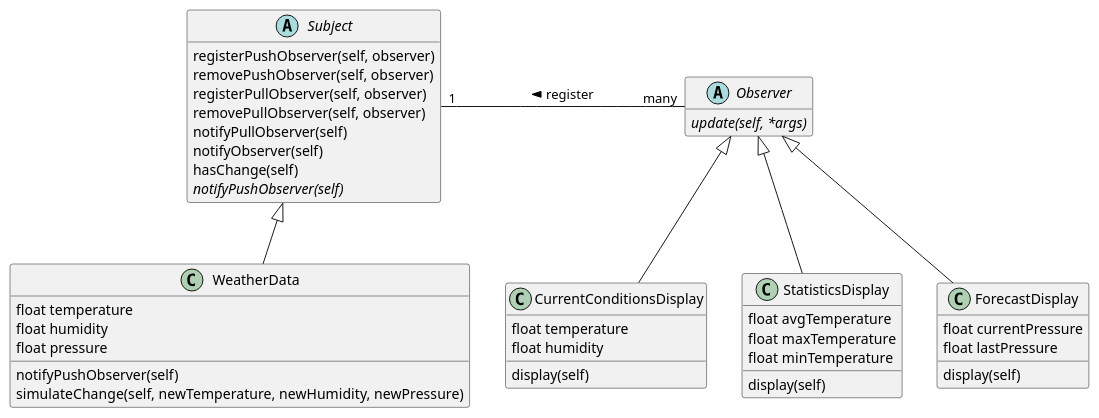
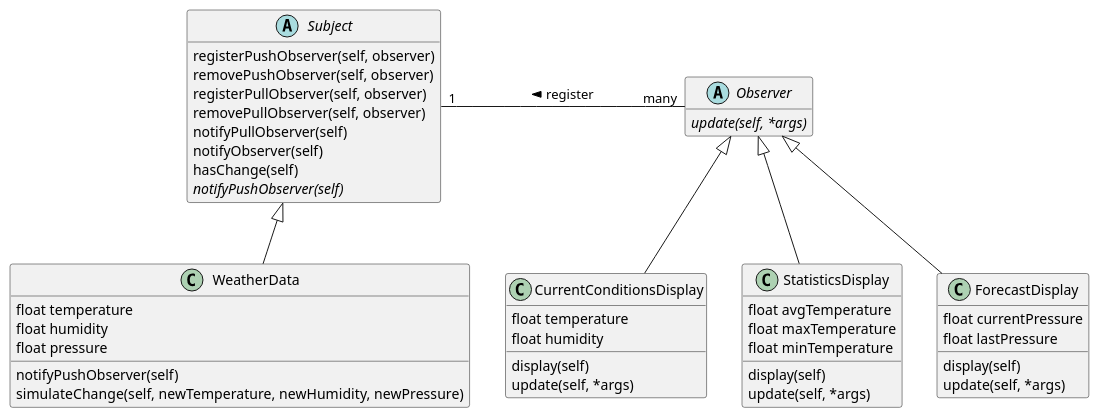
Before and after one commit to gama79530/DesignPattern: the diagram in 02_ObserverPattern/ObserverPattern.puml, drawn with PlantUML.

Commit message:
update Observer Pattern

```diff
--- a/02_ObserverPattern/ObserverPattern.puml
+++ b/02_ObserverPattern/ObserverPattern.puml
@@ -1,55 +1,58 @@
 @startuml ObserverPattern
 
 hide empty members
 
 abstract class Subject{
     registerPushObserver(self, observer)
     removePushObserver(self, observer)
     registerPullObserver(self, observer)
     removePullObserver(self, observer)
     notifyPullObserver(self)
     notifyObserver(self)
     hasChange(self)
     {abstract} notifyPushObserver(self)
 }
 
 class WeatherData{
     float temperature
     float humidity
     float pressure
     notifyPushObserver(self)
     simulateChange(self, newTemperature, newHumidity, newPressure)
 }
 
 abstract class Observer{
     {abstract} update(self, *args)
 }
 
 class CurrentConditionsDisplay{
     float temperature
     float humidity
     display(self)
+    update(self, *args)
 }
 
 class StatisticsDisplay{
     float avgTemperature
     float maxTemperature
     float minTemperature
     display(self)
+    update(self, *args)
 }
 
 class ForecastDisplay{
     float currentPressure
     float lastPressure
     display(self)
+    update(self, *args)
 }
 
 Subject <|-- WeatherData
 
 Observer <|-- CurrentConditionsDisplay
 Observer <|-- StatisticsDisplay
 Observer <|-- ForecastDisplay
 
 Subject "1" - "many" Observer : < register 
 
 @enduml
```
